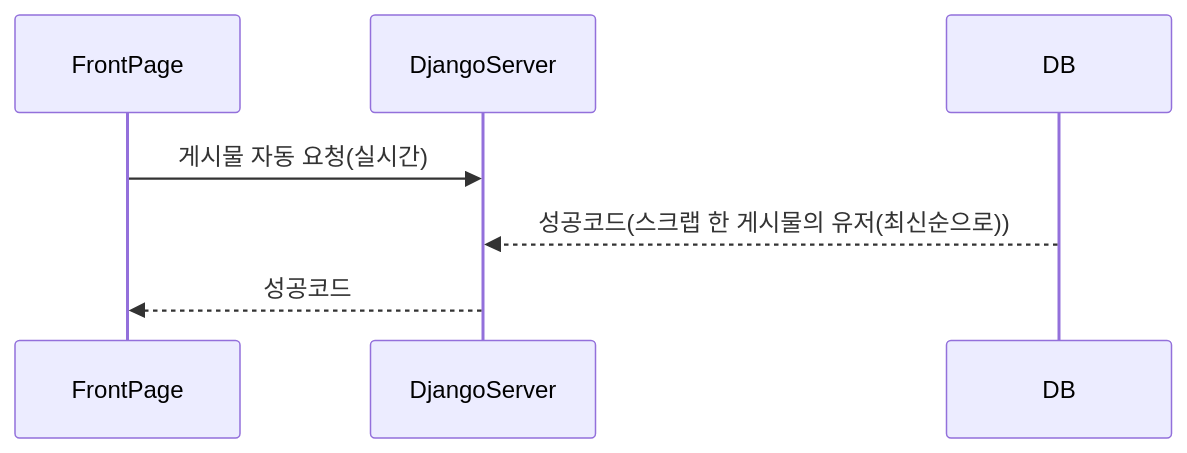
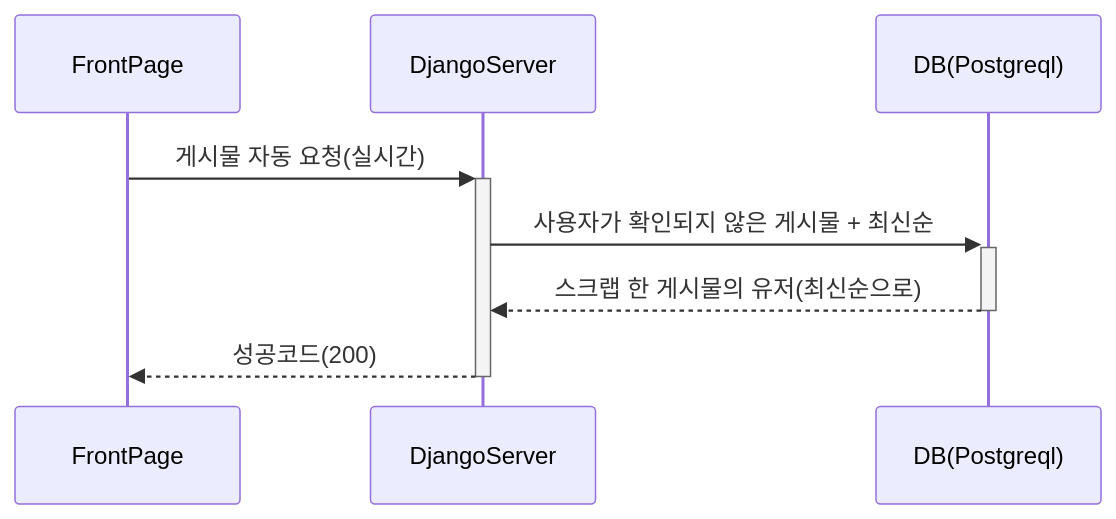
The sixth of 9 diagrams in 참고자료/시퀸스 다이어그램.md (seulki119/D-Link), drawn with Mermaid before and after one commit. The commit also changed other lines of this file and 30 other files, not shown here.

````diff
--- a/참고자료/시퀸스 다이어그램.md
+++ b/참고자료/시퀸스 다이어그램.md
@@ -90,9 +92,9 @@
 ```mermaid
 sequenceDiagram
 
 
-FrontPage ->> DjangoServer : 게시물 자동 요청(실시간) 
-
-DB -->> DjangoServer : 성공코드(스크랩 한 게시물의 유저(최신순으로))
-DjangoServer -->> FrontPage : 성공코드
+FrontPage ->>+ DjangoServer : 게시물 자동 요청(실시간) 
+DjangoServer ->>+ DB(Postgreql) : 사용자가 확인되지 않은 게시물 + 최신순
+DB(Postgreql) -->>- DjangoServer : 스크랩 한 게시물의 유저(최신순으로)
+DjangoServer -->>- FrontPage : 성공코드(200)
 ```
````
